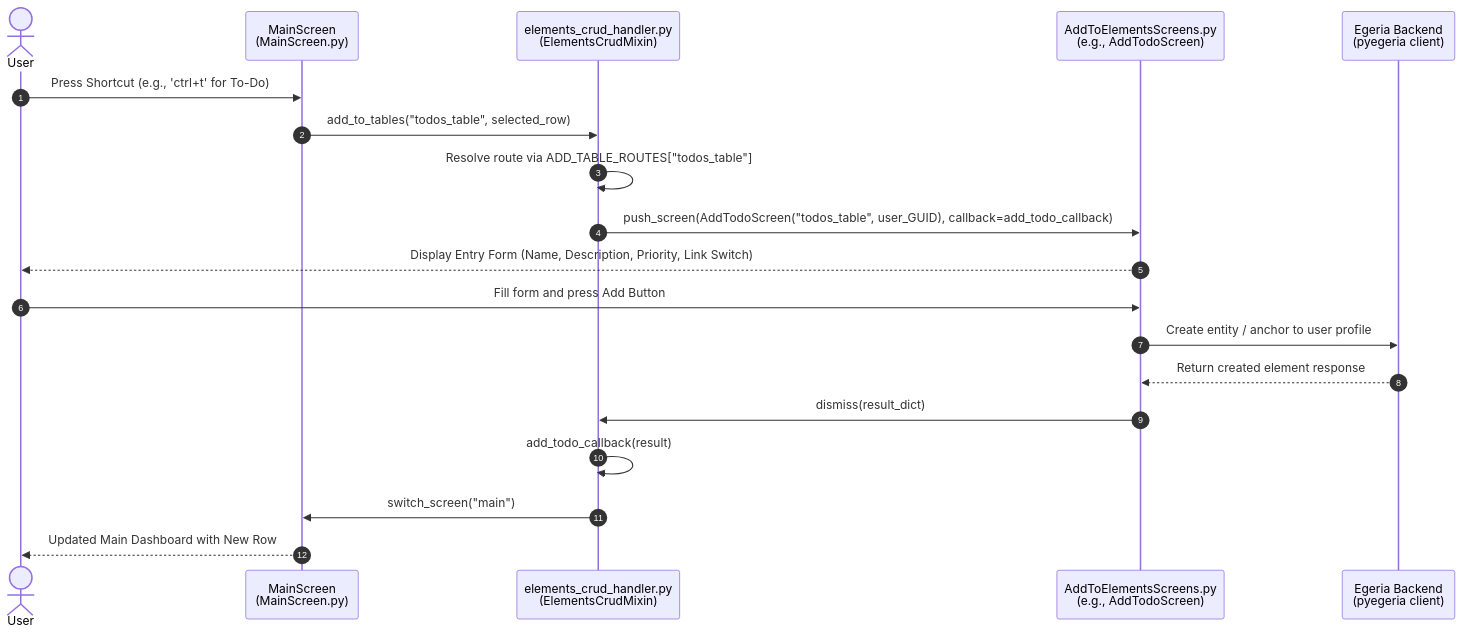
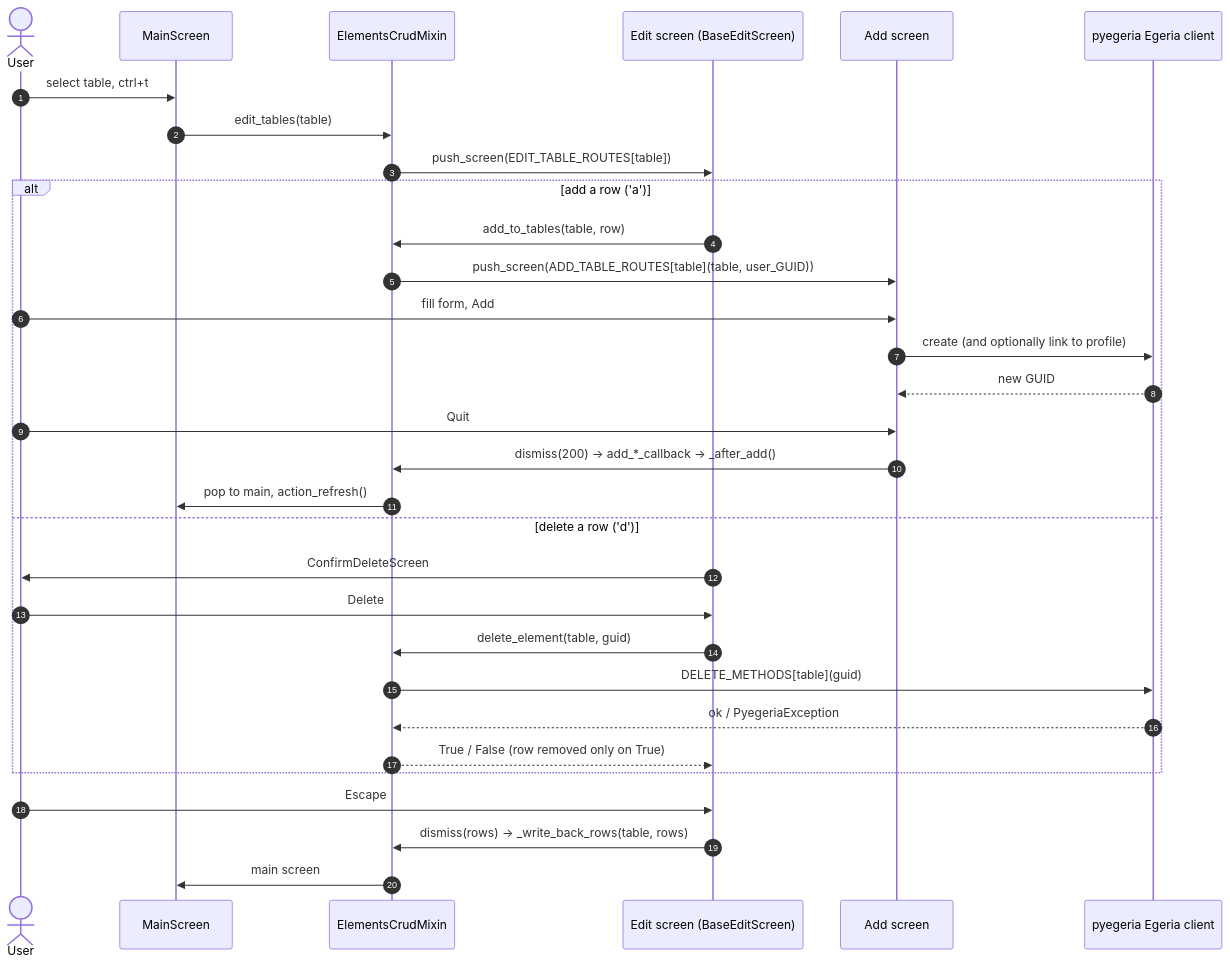
The third of 7 diagrams in docs/My-Egeria-Doc.md (odpi/egeria-python), drawn with Mermaid before and after one commit. The commit also changed other lines of this file and 36 other files, not shown here.

````diff
--- a/docs/My-Egeria-Doc.md
+++ b/docs/My-Egeria-Doc.md
@@ -283,22 +235,34 @@
 ```mermaid
 sequenceDiagram
     autonumber
     actor User
-    participant Main as MainScreen<br/>(MainScreen.py)
-    participant Handler as elements_crud_handler.py<br/>(ElementsCrudMixin)
-    participant Modal as AddToElementsScreens.py<br/>(e.g., AddTodoScreen)
-    participant OMVS as Egeria Backend<br/>(pyegeria client)
+    participant Main as MainScreen
+    participant Crud as ElementsCrudMixin
+    participant Edit as Edit screen (BaseEditScreen)
+    participant Add as Add screen
+    participant Egeria as pyegeria Egeria client
 
-    User->>Main: Press Shortcut (e.g., 'ctrl+t' for To-Do)
-    Main->>Handler: add_to_tables("todos_table", selected_row)
-    Handler->>Handler: Resolve route via ADD_TABLE_ROUTES["todos_table"]
-    Handler->>Modal: push_screen(AddTodoScreen("todos_table", user_GUID), callback=add_todo_callback)
-    Modal-->>User: Display Entry Form (Name, Description, Priority, Link Switch)
-    User->>Modal: Fill form and press Add Button
-    Modal->>OMVS: Create entity / anchor to user profile
-    OMVS-->>Modal: Return created element response
-    Modal->>Handler: dismiss(result_dict)
-    Handler->>Handler: add_todo_callback(result)
-    Handler->>Main: switch_screen("main")
-    Main-->>User: Updated Main Dashboard with New Row
+    User->>Main: select table, ctrl+t
+    Main->>Crud: edit_tables(table)
+    Crud->>Edit: push_screen(EDIT_TABLE_ROUTES[table])
+    alt add a row ('a')
+        Edit->>Crud: add_to_tables(table, row)
+        Crud->>Add: push_screen(ADD_TABLE_ROUTES[table](table, user_GUID))
+        User->>Add: fill form, Add
+        Add->>Egeria: create (and optionally link to profile)
+        Egeria-->>Add: new GUID
+        User->>Add: Quit
+        Add->>Crud: dismiss(200) → add_*_callback → _after_add()
+        Crud->>Main: pop to main, action_refresh()
+    else delete a row ('d')
+        Edit->>User: ConfirmDeleteScreen
+        User->>Edit: Delete
+        Edit->>Crud: delete_element(table, guid)
+        Crud->>Egeria: DELETE_METHODS[table](guid)
+        Egeria-->>Crud: ok / PyegeriaException
+        Crud-->>Edit: True / False (row removed only on True)
+    end
+    User->>Edit: Escape
+    Edit->>Crud: dismiss(rows) → _write_back_rows(table, rows)
+    Crud->>Main: main screen
 ```
````
